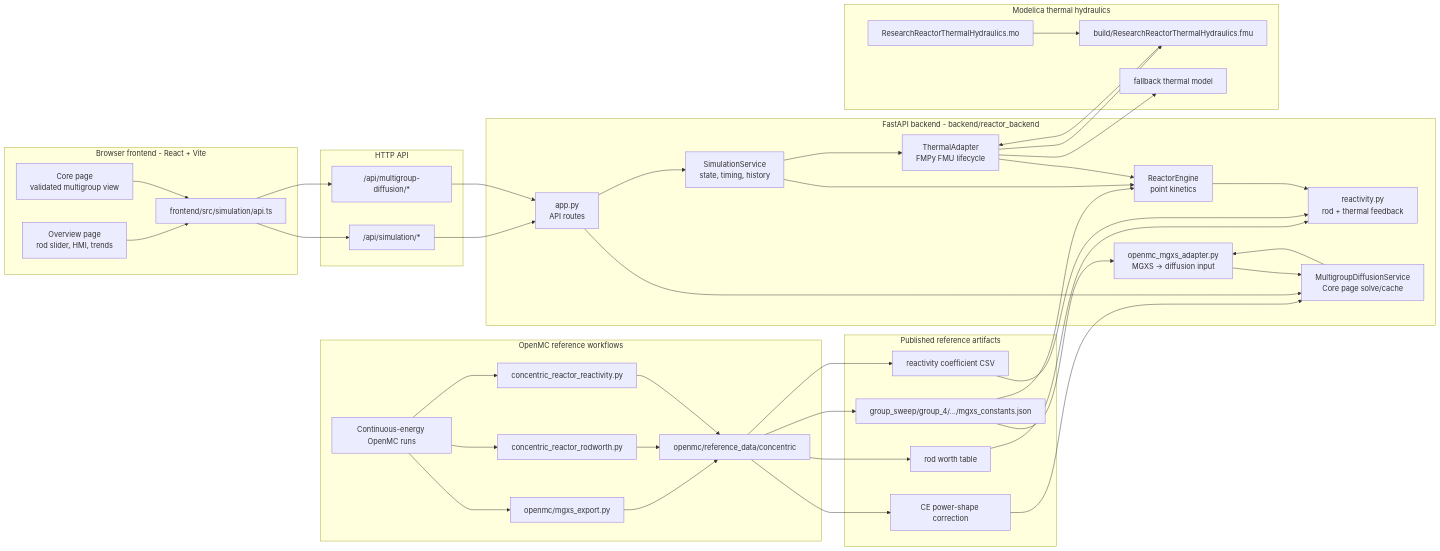
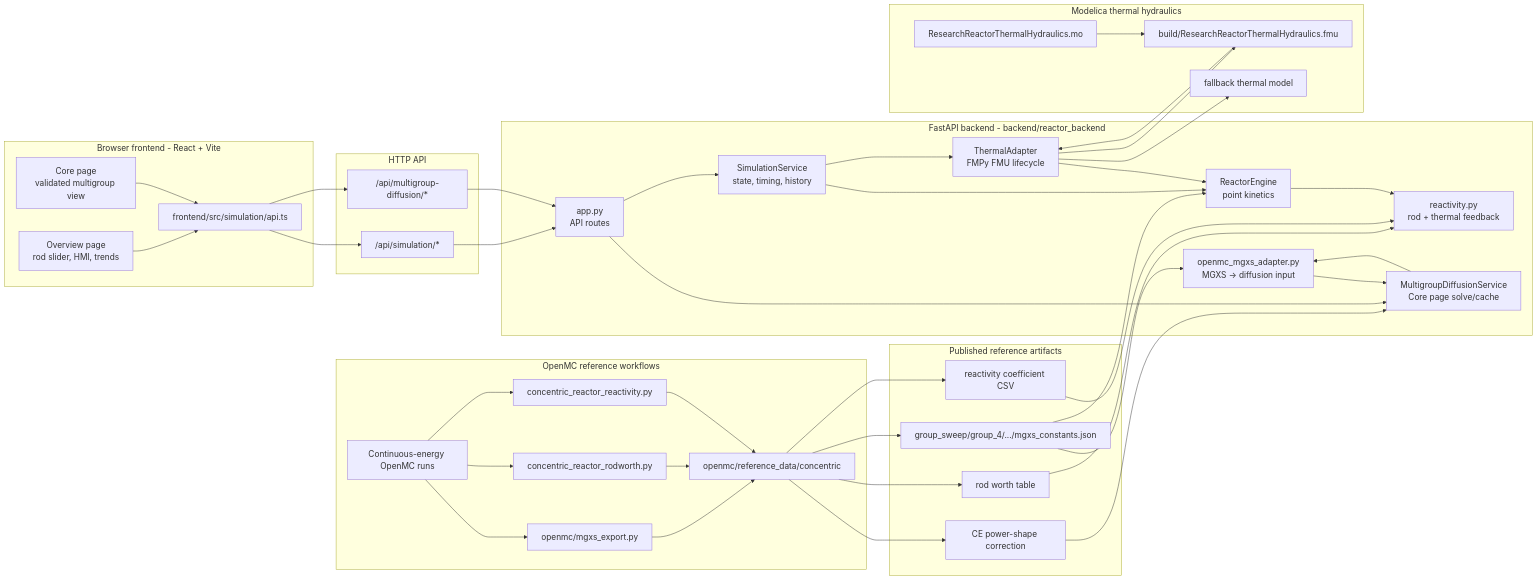
Before and after one commit to pllagunos/ReactorKineticsLab: the diagram in docs/system_architecture.md, drawn with Mermaid. The commit also changed other lines of this file and 8 other files, not shown here.

````diff
--- a/docs/system_architecture.md
+++ b/docs/system_architecture.md
@@ -6,4 +6,5 @@
 ```mermaid
+%%{init: {"themeVariables": {"fontSize": "18px"}} }%%
 flowchart LR
   subgraph OpenMC["OpenMC reference workflows"]
     CE["Continuous-energy OpenMC runs"]
````
